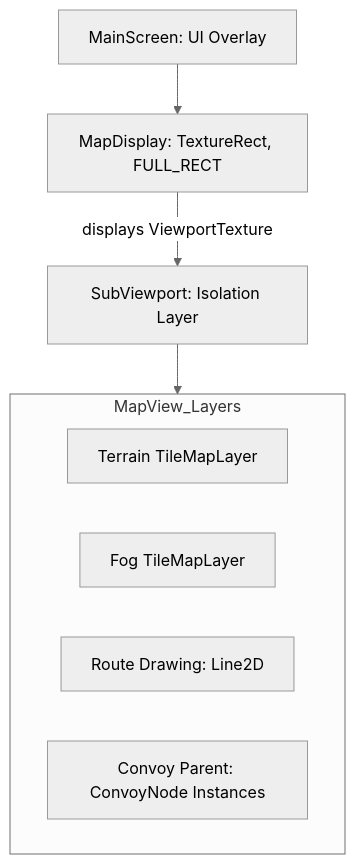
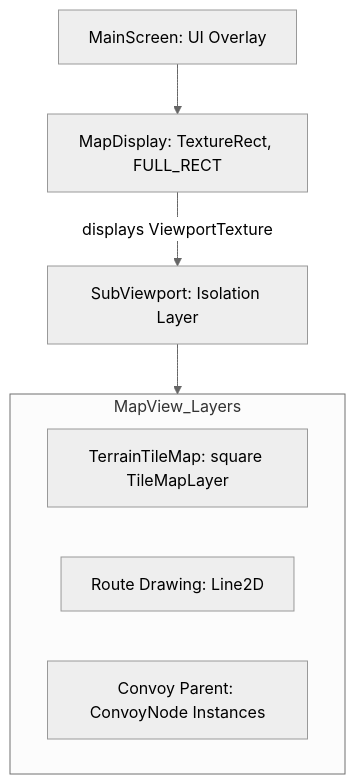
The diagram in docs/03_Systems/MapSystem/MapSystemOverview.md (OoriData/DF_Godot), drawn with Mermaid (neutral theme) before and after one commit. The commit also changed other lines of this file and 25 other files, not shown here.

````diff
--- a/docs/03_Systems/MapSystem/MapSystemOverview.md
+++ b/docs/03_Systems/MapSystem/MapSystemOverview.md
@@ -22,13 +30,12 @@
 ```mermaid
 graph TD
     Main[MainScreen: UI Overlay] --> MapDisplay[MapDisplay: TextureRect, FULL_RECT]
     MapDisplay -- displays ViewportTexture --> Viewport[SubViewport: Isolation Layer]
     Viewport --> MapView_Layers
     
     subgraph MapView_Layers
-    Tiles[Terrain TileMapLayer]
-    Fog[Fog TileMapLayer]
+    Tiles[TerrainTileMap: square TileMapLayer]
     Routes[Route Drawing: Line2D]
     Convoys[Convoy Parent: ConvoyNode Instances]
     end
 ```
````
